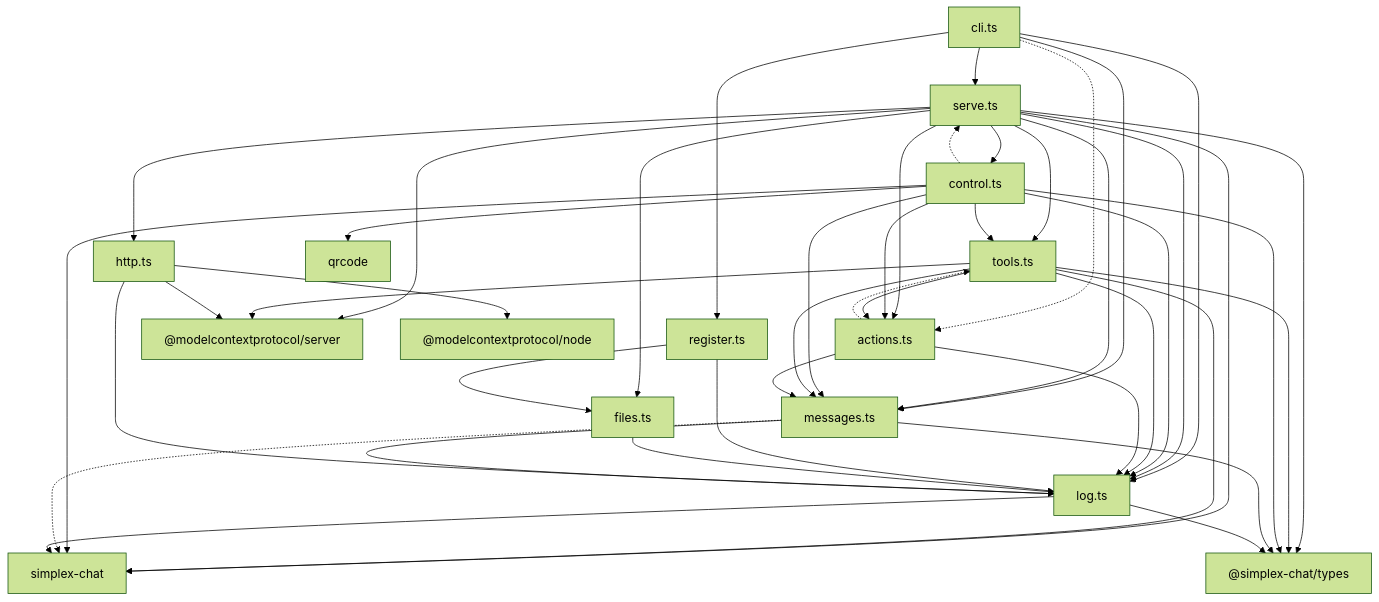
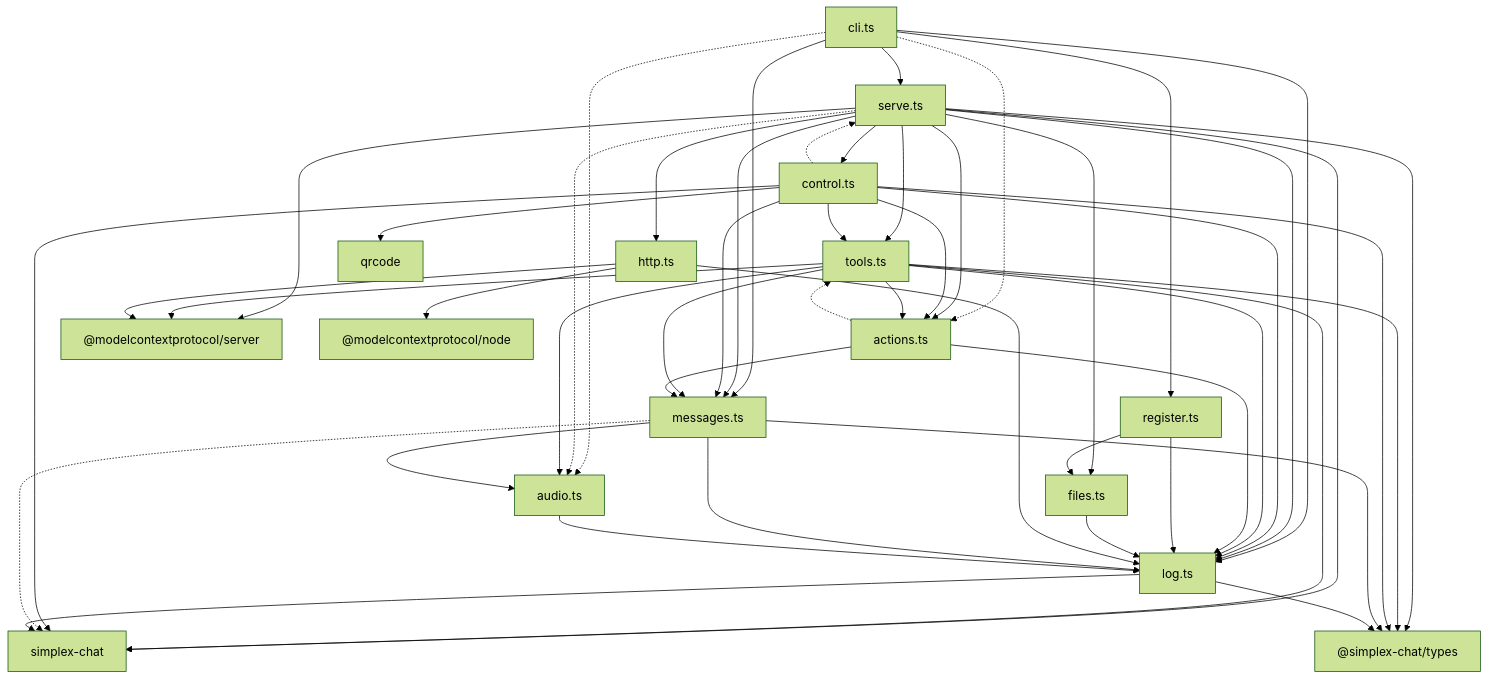
The diagram in packages/simplex-chat-mcp/spec/README.md (simplex-chat/simplex-chat), drawn with Mermaid (forest theme) before and after one commit. The commit also changed other lines of this file and 8 other files, not shown here.

````diff
--- a/packages/simplex-chat-mcp/spec/README.md
+++ b/packages/simplex-chat-mcp/spec/README.md
@@ -34,46 +34,51 @@
 ```mermaid
 graph TD
   cli["cli.ts"] --> serve["serve.ts"]
   cli --> register["register.ts"]
   cli --> messages["messages.ts"]
   cli --> log["log.ts"]
   cli -.-> actions["actions.ts"]
+  cli -.-> audio["audio.ts"]
   serve --> control["control.ts"]
   serve --> tools["tools.ts"]
   serve --> actions
   serve --> http["http.ts"]
   serve --> files["files.ts"]
   serve --> messages
   serve --> log
+  serve -.-> audio
   control --> tools
   control --> actions
   control --> messages
   control --> log
   control -.-> serve
   tools --> actions
   tools --> messages
   tools --> log
+  tools --> audio
   actions --> messages
   actions --> log
   actions -.-> tools
   register --> files
   register --> log
   files --> log
   http --> log
   messages --> log
+  messages --> audio
+  audio --> log
   serve --> sc["simplex-chat"]
   tools --> sc
   control --> sc
   messages -.-> sc
   log --> sc
   serve --> types["@simplex-chat/types"]
   tools --> types
   control --> types
   messages --> types
   log --> types
   serve --> mcps["@modelcontextprotocol/server"]
   tools --> mcps
   http --> mcps
   http --> mcpn["@modelcontextprotocol/node"]
   control --> qr["qrcode"]
 ```
````
